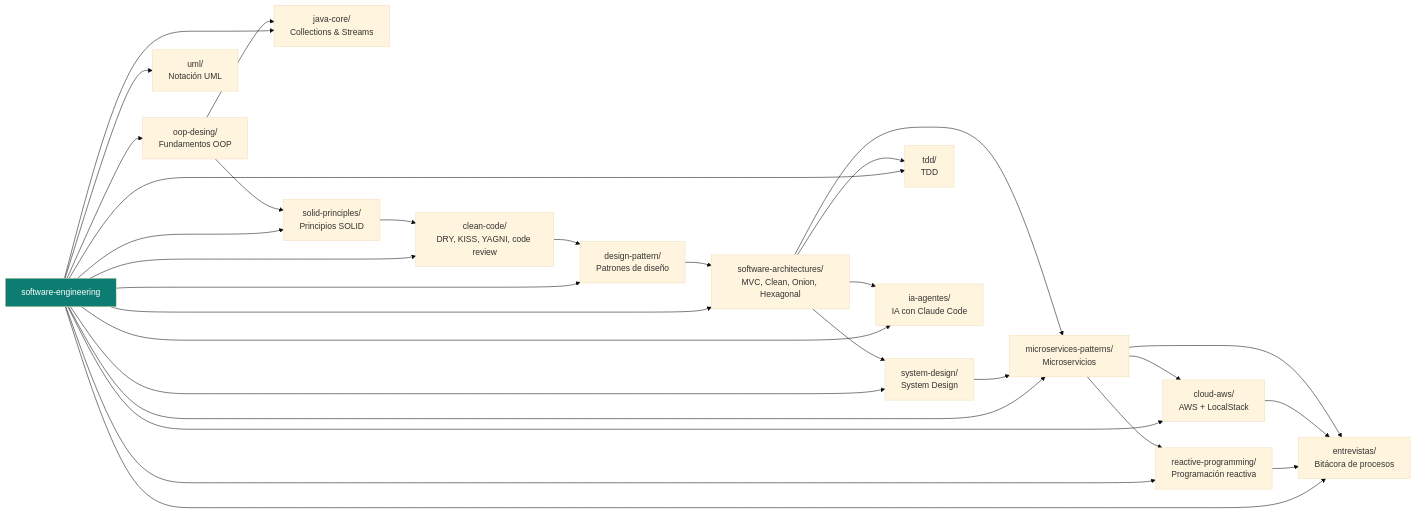
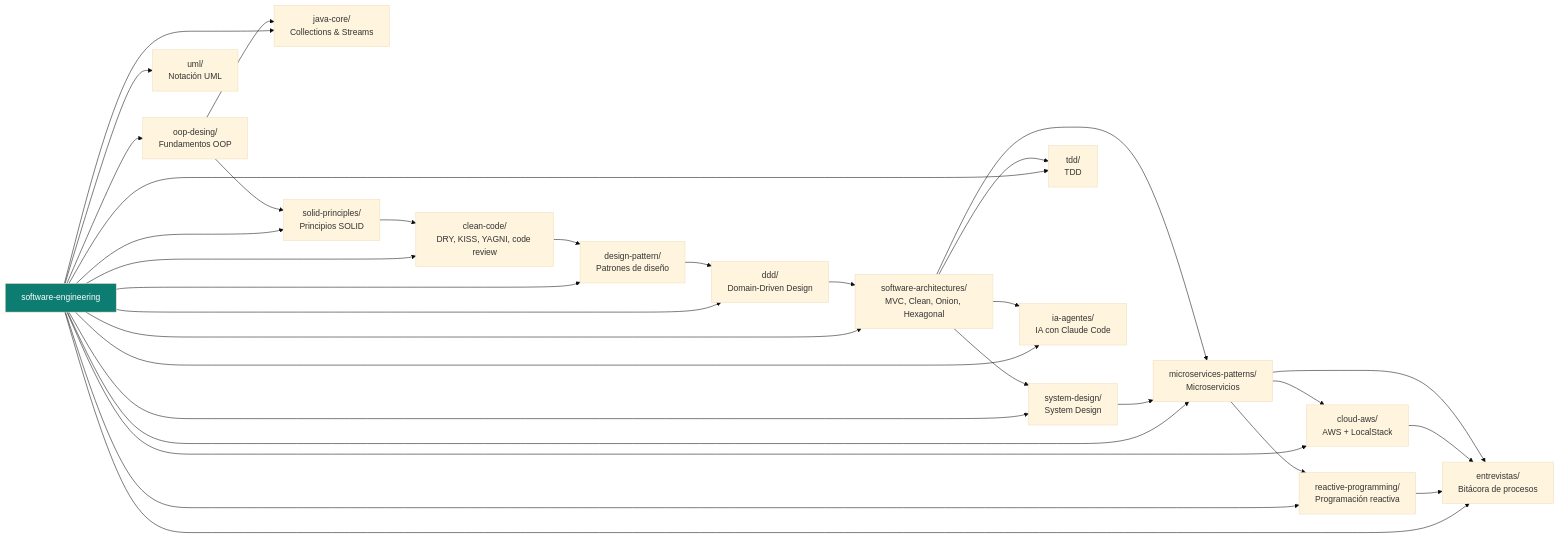
The diagram in README.md (edzamo/software-engineering), drawn with Mermaid (base theme) before and after one commit. The commit also changed other lines of this file and 15 other files, not shown here.

First line of the commit message:
feat: Add Domain-Driven Design (DDD) documentation and examples

````diff
--- a/README.md
+++ b/README.md
@@ -9,37 +9,39 @@
 ```mermaid
 graph LR
     root["software-engineering"]
 
     root --> oop["oop-desing/<br/>Fundamentos OOP"]
     root --> javacore["java-core/<br/>Collections &amp; Streams"]
     root --> solid["solid-principles/<br/>Principios SOLID"]
     root --> cc["clean-code/<br/>DRY, KISS, YAGNI, code review"]
     root --> dp["design-pattern/<br/>Patrones de diseño"]
+    root --> ddd["ddd/<br/>Domain-Driven Design"]
     root --> uml["uml/<br/>Notación UML"]
     root --> arch["software-architectures/<br/>MVC, Clean, Onion, Hexagonal"]
     root --> sysdes["system-design/<br/>System Design"]
     root --> micro["microservices-patterns/<br/>Microservicios"]
     root --> reactive["reactive-programming/<br/>Programación reactiva"]
     root --> aws["cloud-aws/<br/>AWS + LocalStack"]
     root --> tdd["tdd/<br/>TDD"]
     root --> ia["ia-agentes/<br/>IA con Claude Code"]
     root --> entrevistas["entrevistas/<br/>Bitácora de procesos"]
 
     oop --> javacore
     oop --> solid
     solid --> cc
     cc --> dp
-    dp --> arch
+    dp --> ddd
+    ddd --> arch
     arch --> sysdes
     sysdes --> micro
     arch --> micro
     micro --> reactive
     micro --> aws
     arch --> tdd
     arch --> ia
     reactive --> entrevistas
     aws --> entrevistas
     micro --> entrevistas
 
     style root fill:#0d7d72,color:#fff
 ```
````
